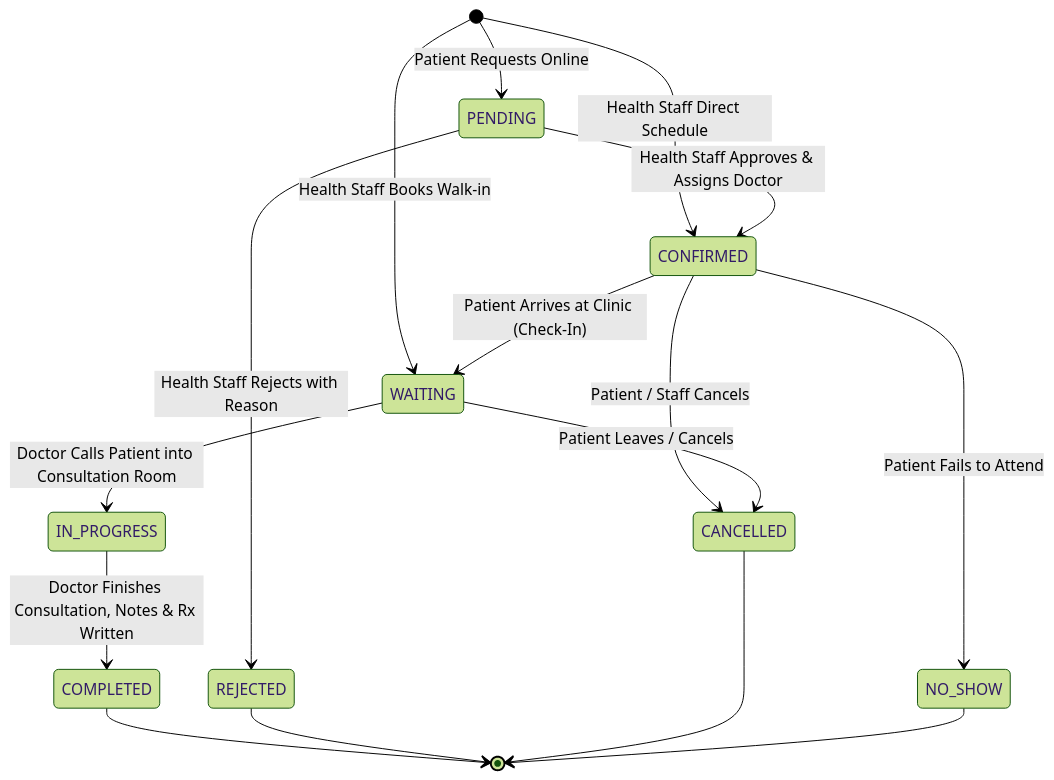
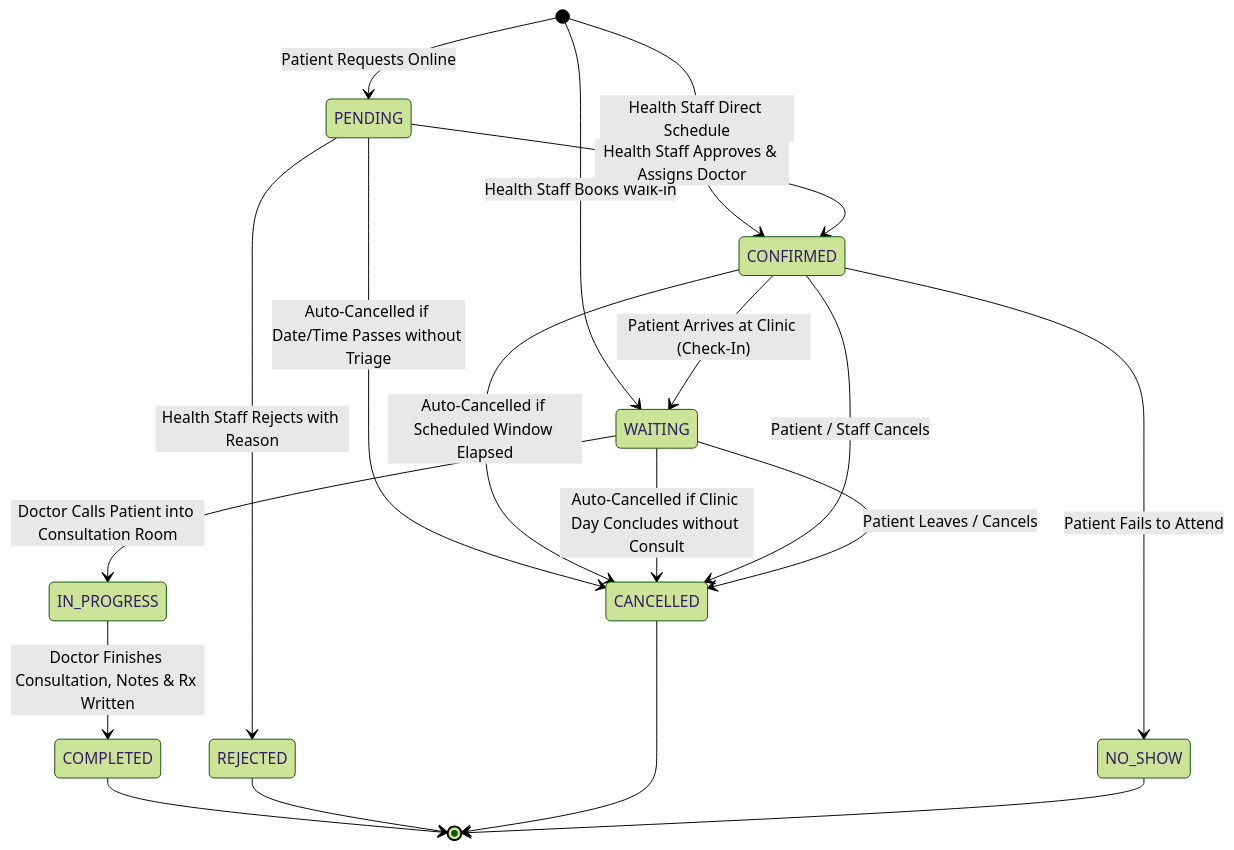
The second of 2 diagrams in pillpal-development/PILLPAL_Scheduling_and_Appointment_Plan.md (kaasmongado-cpu/capstone-pillpal), drawn with Mermaid (forest theme) before and after one commit. The commit also changed other lines of this file and 39 other files, not shown here.

````diff
--- a/pillpal-development/PILLPAL_Scheduling_and_Appointment_Plan.md
+++ b/pillpal-development/PILLPAL_Scheduling_and_Appointment_Plan.md
@@ -69,23 +69,27 @@
 ```mermaid
 stateDiagram-v2
     [*] --> PENDING : Patient Requests Online
     [*] --> WAITING : Health Staff Books Walk-in
     [*] --> CONFIRMED : Health Staff Direct Schedule
 
     PENDING --> CONFIRMED : Health Staff Approves & Assigns Doctor
     PENDING --> REJECTED : Health Staff Rejects with Reason
+
+    PENDING --> CANCELLED : Auto-Cancelled if Date/Time Passes without Triage
+    CONFIRMED --> CANCELLED : Auto-Cancelled if Scheduled Window Elapsed
+    WAITING --> CANCELLED : Auto-Cancelled if Clinic Day Concludes without Consult
 
     CONFIRMED --> WAITING : Patient Arrives at Clinic (Check-In)
     CONFIRMED --> CANCELLED : Patient / Staff Cancels
     CONFIRMED --> NO_SHOW : Patient Fails to Attend
 
     WAITING --> IN_PROGRESS : Doctor Calls Patient into Consultation Room
     WAITING --> CANCELLED : Patient Leaves / Cancels
 
     IN_PROGRESS --> COMPLETED : Doctor Finishes Consultation, Notes & Rx Written
 
     COMPLETED --> [*]
     REJECTED --> [*]
     CANCELLED --> [*]
     NO_SHOW --> [*]
 ```
````
